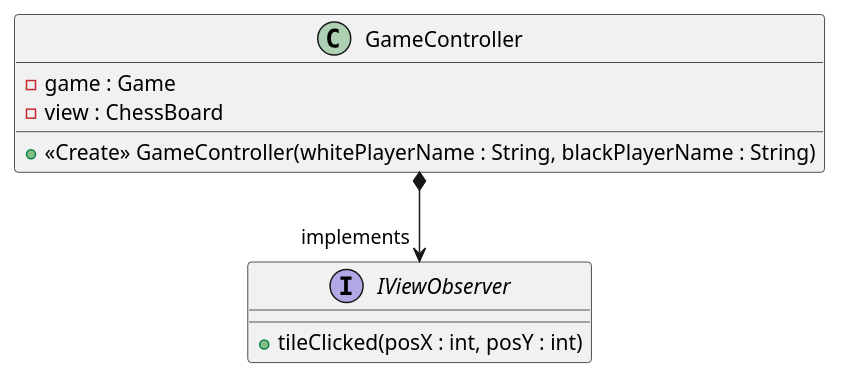
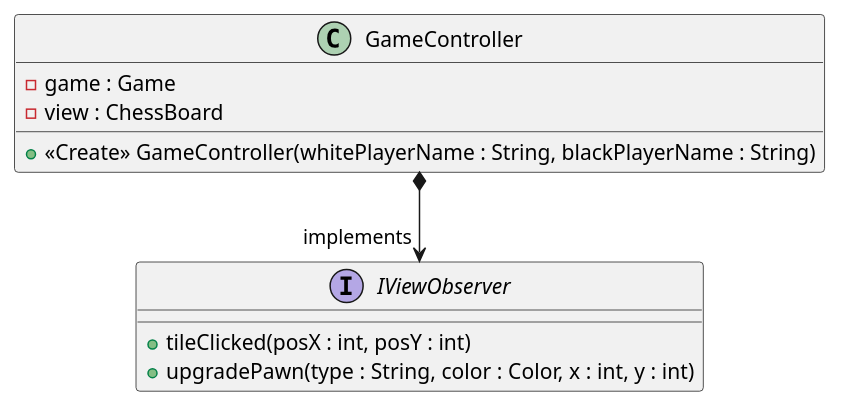
One commit to oceanedruenne/chess-game changed the diagram in rendu2/rendu2/controler/Controller.puml. Above: the diagram before and after it, drawn with PlantUML. The commit also changed 18 other files, not shown here.

Commit message:
UML + rapport + README installation

```diff
--- a/rendu2/rendu2/controler/Controller.puml
+++ b/rendu2/rendu2/controler/Controller.puml
@@ -1,16 +1,17 @@
 @startuml
 'https://plantuml.com/class-diagram
 
 interface IViewObserver {
     + tileClicked(posX : int, posY : int)
+    + upgradePawn(type : String, color : Color, x : int, y : int)
 }
 
 class GameController {
     - game : Game
     - view : ChessBoard
     + <<Create>> GameController(whitePlayerName : String, blackPlayerName : String)
 }
 
 GameController *--> "implements" IViewObserver
 
 @enduml
```
